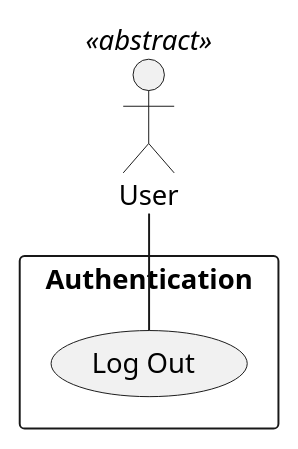
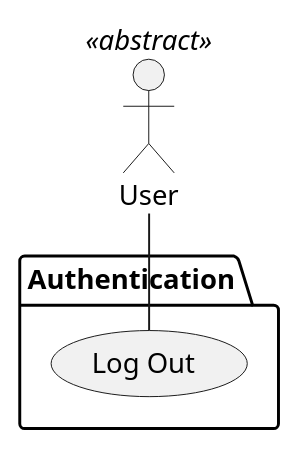
The diagram in Use Cases/LogOut.iuml (bmb0136/COMP-3700-Project), drawn with PlantUML before and after one commit. The commit also changed 24 other files, not shown here.

```diff
--- a/Use Cases/LogOut.iuml
+++ b/Use Cases/LogOut.iuml
@@ -1,7 +1,7 @@
 @startuml Log Out
 actor :User: <<abstract>>
-rectangle "Authentication" {
+package "Authentication" {
   (Log Out) as LogOut
 }
 User -- LogOut
 @enduml
```
